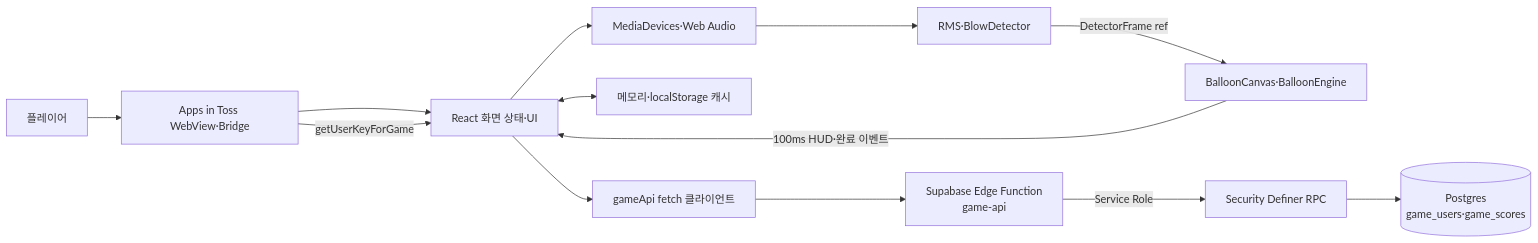
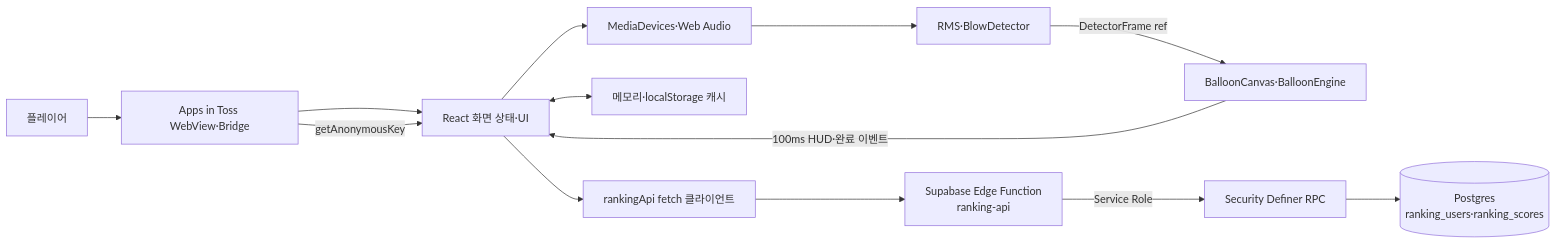
One commit to toss-aug-hackathon/blow-balloon changed the first of 4 diagrams in docs/architecture.md. Above: the diagram before and after it, drawn with Mermaid. The commit also changed other lines of this file and 38 other files, not shown here.

````diff
--- a/docs/architecture.md
+++ b/docs/architecture.md
@@ -9,27 +9,27 @@
 ```mermaid
 flowchart LR
   User["플레이어"]
   Toss["Apps in Toss WebView·Bridge"]
   React["React 화면 상태·UI"]
   Audio["MediaDevices·Web Audio"]
   Detector["RMS·BlowDetector"]
   Canvas["BalloonCanvas·BalloonEngine"]
   Cache["메모리·localStorage 캐시"]
-  API["gameApi fetch 클라이언트"]
-  Edge["Supabase Edge Function<br/>game-api"]
+  API["rankingApi fetch 클라이언트"]
+  Edge["Supabase Edge Function<br/>ranking-api"]
   RPC["Security Definer RPC"]
-  DB[("Postgres<br/>game_users·game_scores")]
+  DB[("Postgres<br/>ranking_users·ranking_scores")]
 
   User --> Toss
   Toss --> React
   React --> Audio
   Audio --> Detector
   Detector -->|DetectorFrame ref| Canvas
   Canvas -->|100ms HUD·완료 이벤트| React
-  Toss -->|getUserKeyForGame| React
+  Toss -->|getAnonymousKey| React
   React <--> Cache
   React --> API
   API --> Edge
   Edge -->|Service Role| RPC
   RPC --> DB
 ```
````
